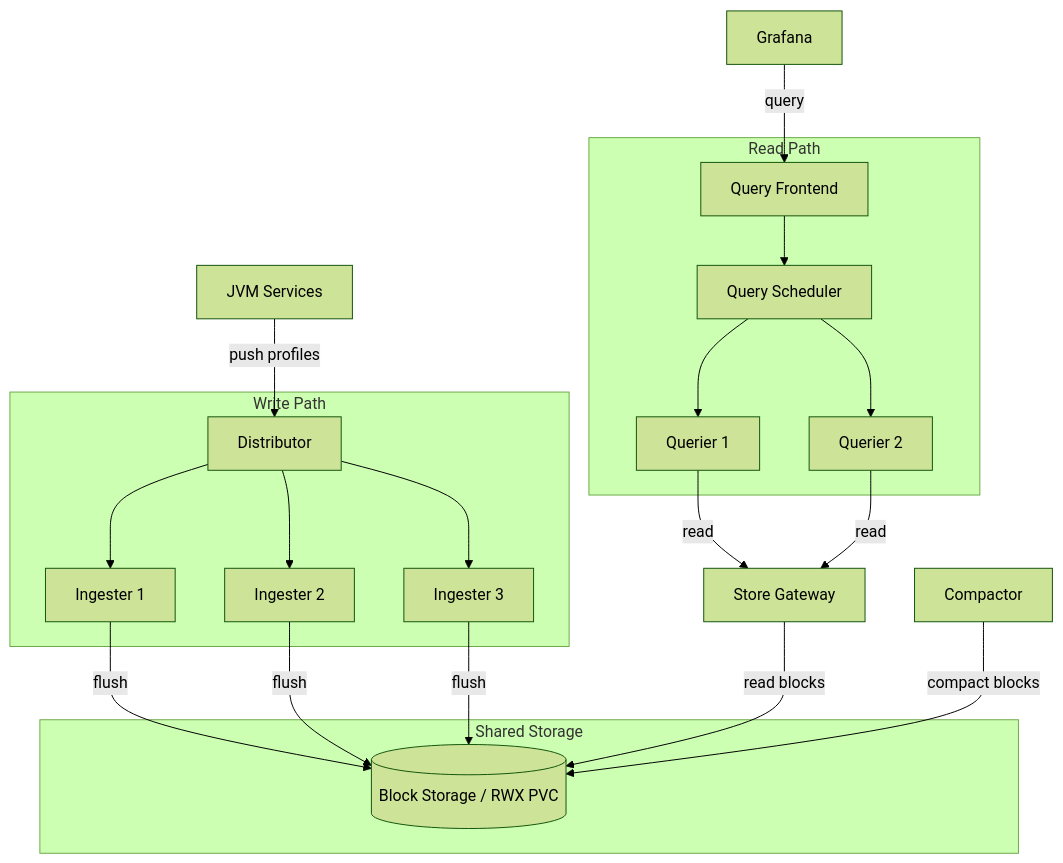
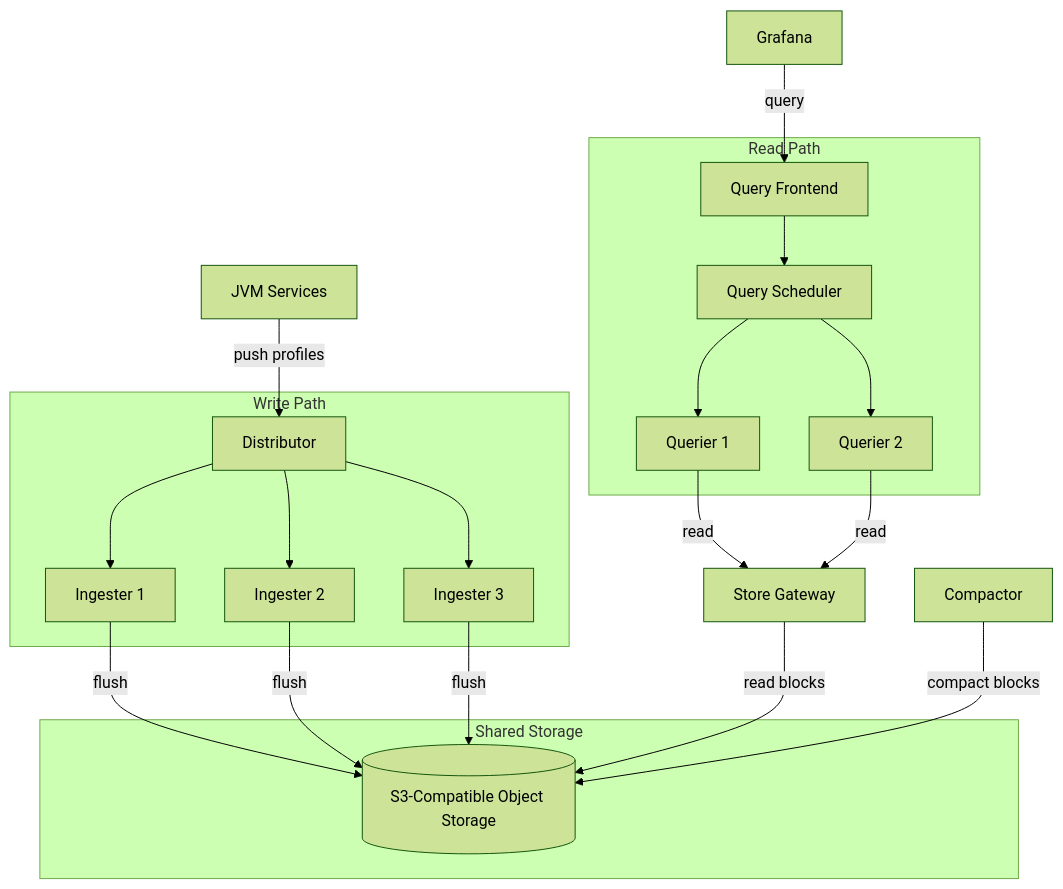
Diagram 12 of 15 in docs/deployment-guide.md (aff0gat000/pyroscope), drawn with Mermaid (forest theme) before and after one commit. The commit also changed other lines of this file and 26 other files, not shown here.

First line of the commit message:
Replace block storage with S3-compatible object storage across all docs and configs

````diff
--- a/docs/deployment-guide.md
+++ b/docs/deployment-guide.md
@@ -1447,32 +1447,32 @@
 ```mermaid
 graph TB
     SDK[JVM Services] -->|push profiles| DIST[Distributor]
     G[Grafana] -->|query| QF[Query Frontend]
 
     subgraph Write Path
         DIST --> ING1[Ingester 1]
         DIST --> ING2[Ingester 2]
         DIST --> ING3[Ingester 3]
     end
 
     subgraph Read Path
         QF --> QS[Query Scheduler]
         QS --> Q1[Querier 1]
         QS --> Q2[Querier 2]
     end
 
     SG[Store Gateway]
     C[Compactor]
 
     subgraph Shared Storage
-        BS[("Block Storage / RWX PVC")]
+        BS[("S3-Compatible Object Storage")]
     end
 
     ING1 -->|flush| BS
     ING2 -->|flush| BS
     ING3 -->|flush| BS
     Q1 -->|read| SG
     Q2 -->|read| SG
     SG -->|read blocks| BS
     C -->|compact blocks| BS
 ```
````
